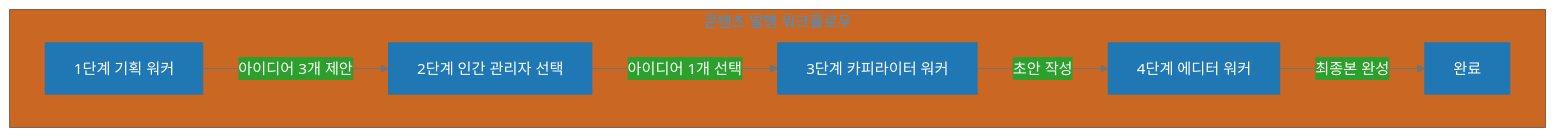
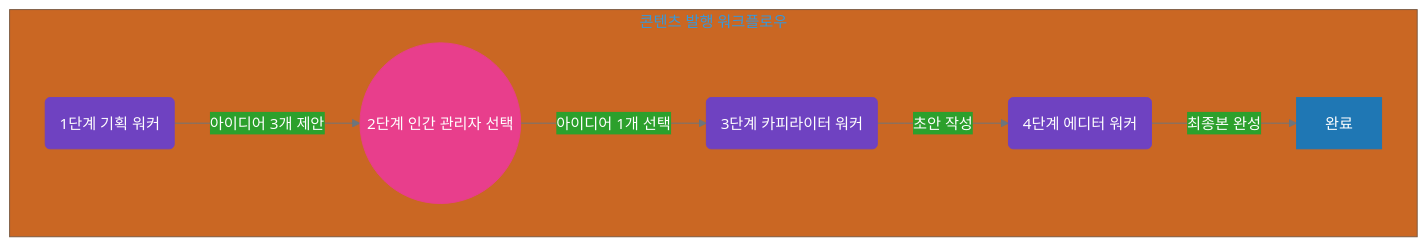
Before and after one commit to wooxist/ai-instructions: the second of 2 diagrams in book/11-2-unit-organization.md, drawn with Mermaid. The commit also changed other lines of this file and 15 other files, not shown here.

````diff
--- a/book/11-2-unit-organization.md
+++ b/book/11-2-unit-organization.md
@@ -71,20 +80,30 @@
 ```mermaid
 %%{init: {
   'theme': 'base',
   'themeVariables': {
     'primaryColor': '#1f77b4',
     'primaryTextColor': '#ffffff',
     'primaryBorderColor': '#1f77b4',
     'lineColor': '#6c757d',
     'background': 'transparent',
     'edgeLabelBackground': '#2ca02c'
   }
 }}%%
 graph TD
     subgraph "콘텐츠 발행 워크플로우"
-        A["1단계 기획 워커"] -- "아이디어 3개 제안" --> B["2단계 인간 관리자 선택"]
-        B -- "아이디어 1개 선택" --> C["3단계 카피라이터 워커"]
-        C -- "초안 작성" --> D["4단계 에디터 워커"]
+        A("1단계 기획 워커") -- "아이디어 3개 제안" --> B(("2단계 인간 관리자 선택"))
+        B -- "아이디어 1개 선택" --> C("3단계 카피라이터 워커")
+        C -- "초안 작성" --> D("4단계 에디터 워커")
         D -- "최종본 완성" --> E["완료"]
     end
+
+    %% 클래스 정의 및 적용 (WRITER 부록 A 기준)
+    classDef principle fill:#1f77b4,stroke:#1f77b4,color:#ffffff;
+    classDef decision fill:#ffffff,stroke:#495057,stroke-width:2px,color:#212529;
+    classDef agent fill:#6f42c1,stroke:#6f42c1,color:#ffffff;
+    classDef artifact fill:#17a2b8,stroke:#17a2b8,color:#ffffff;
+    classDef data fill:#2ca02c,stroke:#2ca02c,color:#ffffff;
+    classDef human fill:#e83e8c,stroke:#e83e8c,color:#ffffff;
+    class A,C,D agent;
+    class B human;
 ```
````
